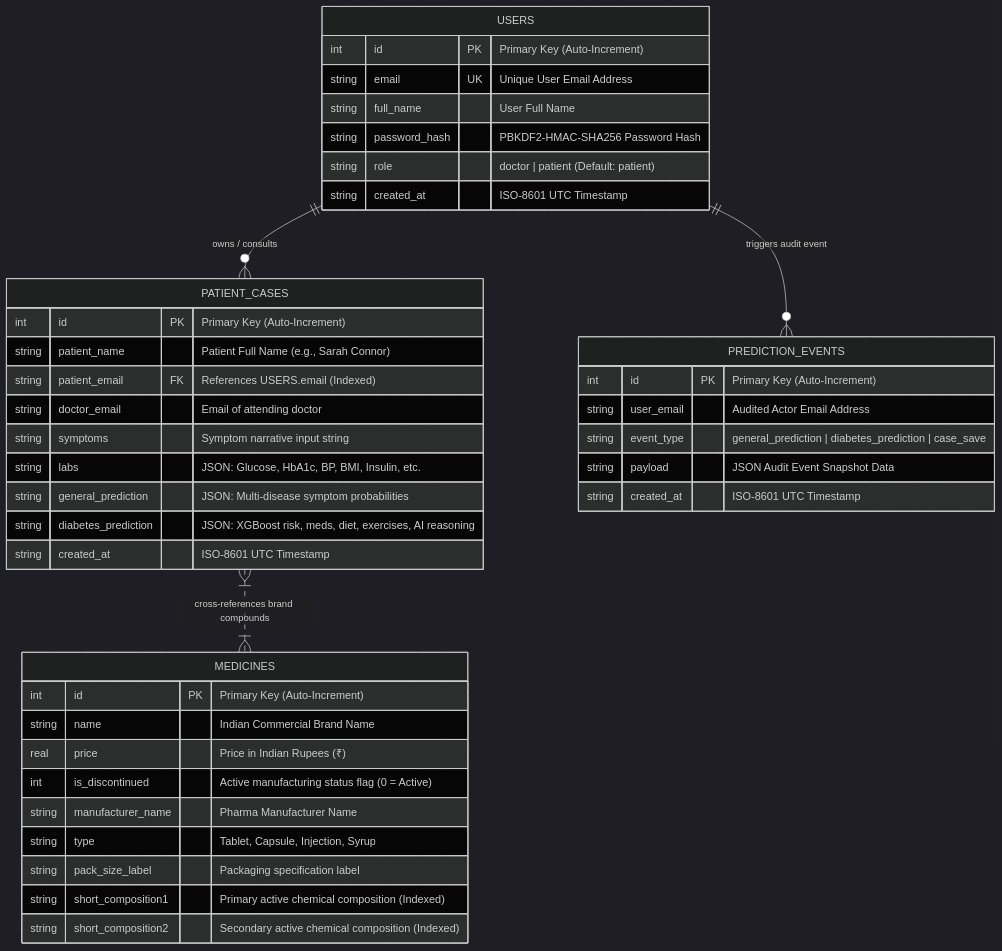
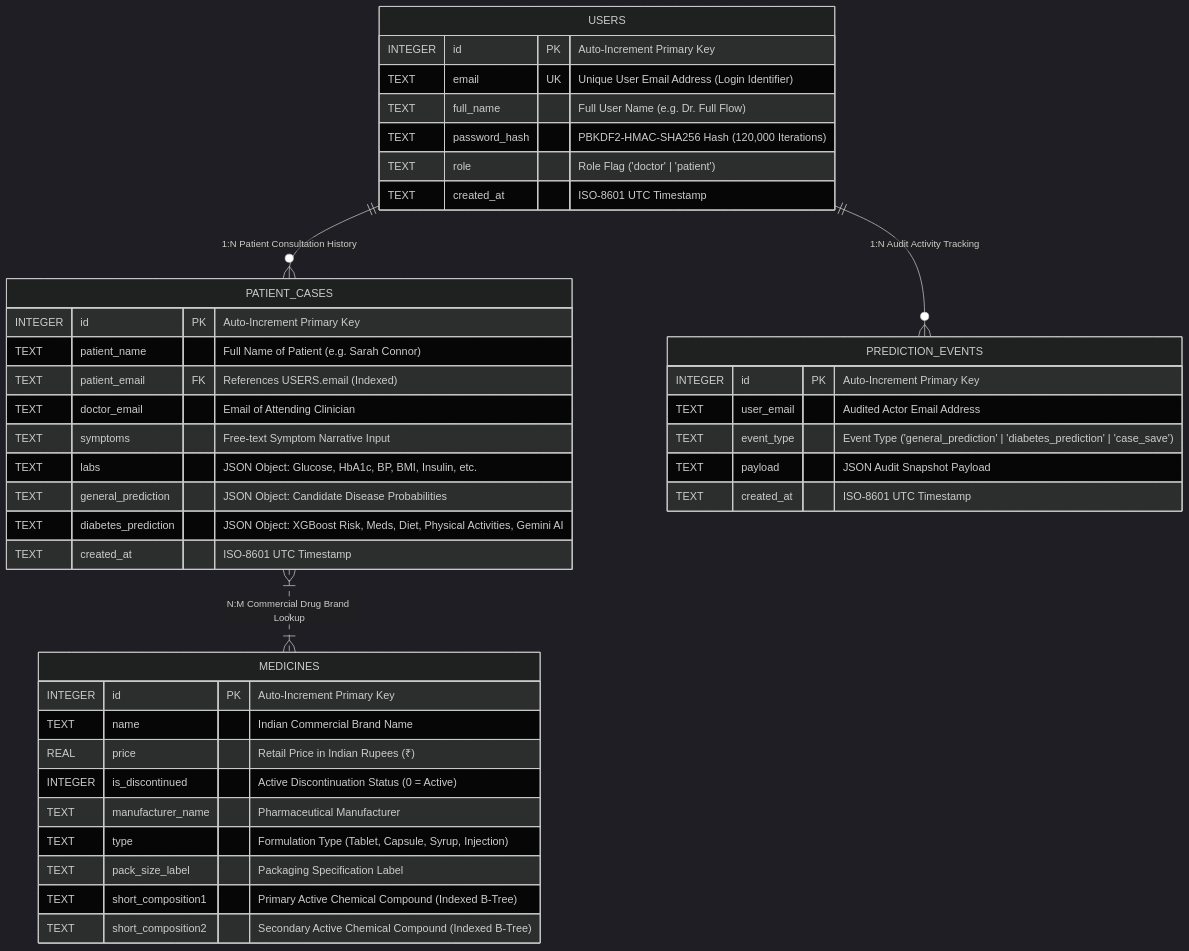
One commit to surendhar28/AI-based-Diabetes-disease-detection-with-explanation changed the fifth of 5 diagrams in README.md. Above: the diagram before and after it, drawn with Mermaid (dark theme). The commit also changed other lines of this file, not shown here.

Commit message:
docs: Enhance Database ER Model with field-level schema tables, B-tree indexing & WAL performance details

````diff
--- a/README.md
+++ b/README.md
@@ -351,47 +351,47 @@
 ```mermaid
 erDiagram
     USERS {
-        int id PK "Primary Key (Auto-Increment)"
-        string email UK "Unique User Email Address"
-        string full_name "User Full Name"
-        string password_hash "PBKDF2-HMAC-SHA256 Password Hash"
-        string role "doctor | patient (Default: patient)"
-        string created_at "ISO-8601 UTC Timestamp"
+        INTEGER id PK "Auto-Increment Primary Key"
+        TEXT email UK "Unique User Email Address (Login Identifier)"
+        TEXT full_name "Full User Name (e.g. Dr. Full Flow)"
+        TEXT password_hash "PBKDF2-HMAC-SHA256 Hash (120,000 Iterations)"
+        TEXT role "Role Flag ('doctor' | 'patient')"
+        TEXT created_at "ISO-8601 UTC Timestamp"
     }
     
     PATIENT_CASES {
-        int id PK "Primary Key (Auto-Increment)"
-        string patient_name "Patient Full Name (e.g., Sarah Connor)"
-        string patient_email FK "References USERS.email (Indexed)"
-        string doctor_email "Email of attending doctor"
-        string symptoms "Symptom narrative input string"
-        string labs "JSON: Glucose, HbA1c, BP, BMI, Insulin, etc."
-        string general_prediction "JSON: Multi-disease symptom probabilities"
-        string diabetes_prediction "JSON: XGBoost risk, meds, diet, exercises, AI reasoning"
-        string created_at "ISO-8601 UTC Timestamp"
+        INTEGER id PK "Auto-Increment Primary Key"
+        TEXT patient_name "Full Name of Patient (e.g. Sarah Connor)"
+        TEXT patient_email FK "References USERS.email (Indexed)"
+        TEXT doctor_email "Email of Attending Clinician"
+        TEXT symptoms "Free-text Symptom Narrative Input"
+        TEXT labs "JSON Object: Glucose, HbA1c, BP, BMI, Insulin, etc."
+        TEXT general_prediction "JSON Object: Candidate Disease Probabilities"
+        TEXT diabetes_prediction "JSON Object: XGBoost Risk, Meds, Diet, Physical Activities, Gemini AI"
+        TEXT created_at "ISO-8601 UTC Timestamp"
     }
     
     PREDICTION_EVENTS {
-        int id PK "Primary Key (Auto-Increment)"
-        string user_email "Audited Actor Email Address"
-        string event_type "general_prediction | diabetes_prediction | case_save"
-        string payload "JSON Audit Event Snapshot Data"
-        string created_at "ISO-8601 UTC Timestamp"
+        INTEGER id PK "Auto-Increment Primary Key"
+        TEXT user_email "Audited Actor Email Address"
+        TEXT event_type "Event Type ('general_prediction' | 'diabetes_prediction' | 'case_save')"
+        TEXT payload "JSON Audit Snapshot Payload"
+        TEXT created_at "ISO-8601 UTC Timestamp"
     }
     
     MEDICINES {
-        int id PK "Primary Key (Auto-Increment)"
-        string name "Indian Commercial Brand Name"
-        real price "Price in Indian Rupees (₹)"
-        int is_discontinued "Active manufacturing status flag (0 = Active)"
-        string manufacturer_name "Pharma Manufacturer Name"
-        string type "Tablet, Capsule, Injection, Syrup"
-        string pack_size_label "Packaging specification label"
-        string short_composition1 "Primary active chemical composition (Indexed)"
-        string short_composition2 "Secondary active chemical composition (Indexed)"
+        INTEGER id PK "Auto-Increment Primary Key"
+        TEXT name "Indian Commercial Brand Name"
+        REAL price "Retail Price in Indian Rupees (₹)"
+        INTEGER is_discontinued "Active Discontinuation Status (0 = Active)"
+        TEXT manufacturer_name "Pharmaceutical Manufacturer"
+        TEXT type "Formulation Type (Tablet, Capsule, Syrup, Injection)"
+        TEXT pack_size_label "Packaging Specification Label"
+        TEXT short_composition1 "Primary Active Chemical Compound (Indexed B-Tree)"
+        TEXT short_composition2 "Secondary Active Chemical Compound (Indexed B-Tree)"
     }
 
-    USERS ||--o{ PATIENT_CASES : "owns / consults"
-    USERS ||--o{ PREDICTION_EVENTS : "triggers audit event"
-    PATIENT_CASES }|..|{ MEDICINES : "cross-references brand compounds"
+    USERS ||--o{ PATIENT_CASES : "1:N Patient Consultation History"
+    USERS ||--o{ PREDICTION_EVENTS : "1:N Audit Activity Tracking"
+    PATIENT_CASES }|..|{ MEDICINES : "N:M Commercial Drug Brand Lookup"
 ```
````
